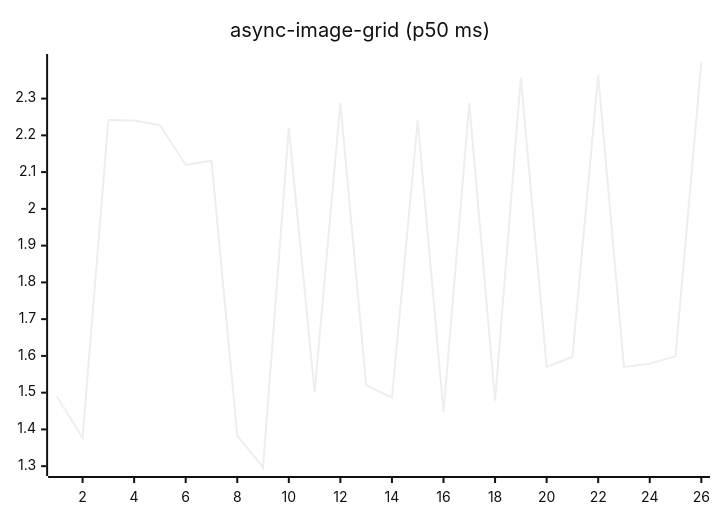
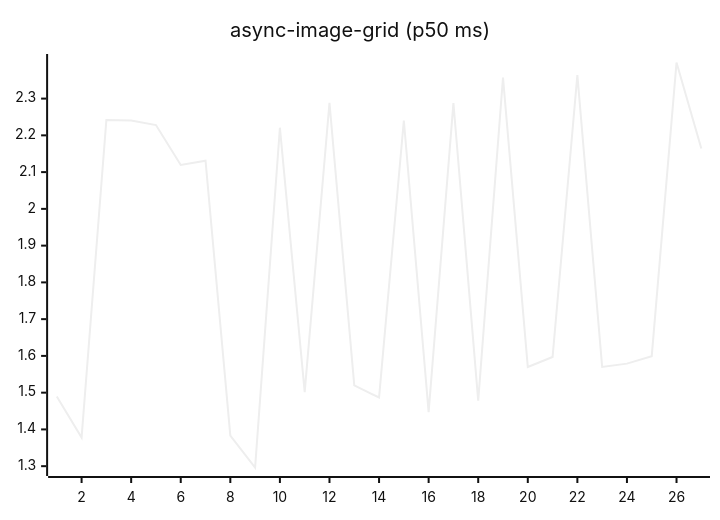
One commit to josha/Facet changed the fifth of 27 diagrams in README.md. Above: the diagram before and after it, drawn with Mermaid (neutral theme). The commit also changed other lines of this file and 2 other files, not shown here.

````diff
--- a/README.md
+++ b/README.md
@@ -91,6 +91,6 @@
 ```mermaid
 xychart-beta
     title "async-image-grid (p50 ms)"
-    x-axis 1 --> 26
-    line [1.4898, 1.3778, 2.2419, 2.2404, 2.2280, 2.1194, 2.1310, 1.3834, 1.2964, 2.2208, 1.5015, 2.2886, 1.5200, 1.4868, 2.2404, 1.4470, 2.2880, 1.4779, 2.3575, 1.5699, 1.5969, 2.3640, 1.5700, 1.5790, 1.5994, 2.3982]
+    x-axis 1 --> 27
+    line [1.4898, 1.3778, 2.2419, 2.2404, 2.2280, 2.1194, 2.1310, 1.3834, 1.2964, 2.2208, 1.5015, 2.2886, 1.5200, 1.4868, 2.2404, 1.4470, 2.2880, 1.4779, 2.3575, 1.5699, 1.5969, 2.3640, 1.5700, 1.5790, 1.5994, 2.3982, 2.1641]
 ```
````
